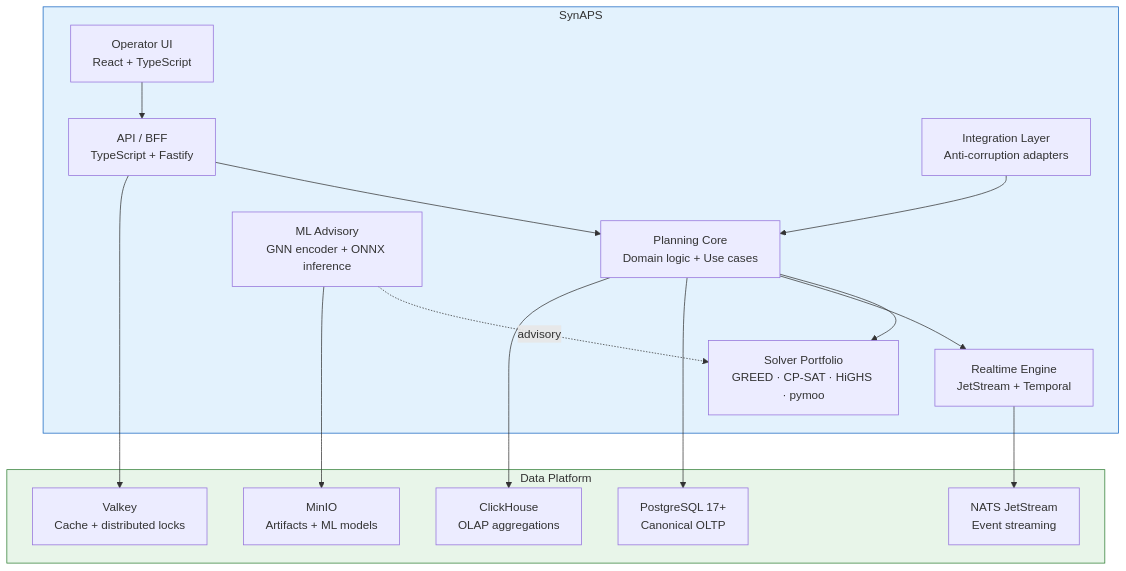
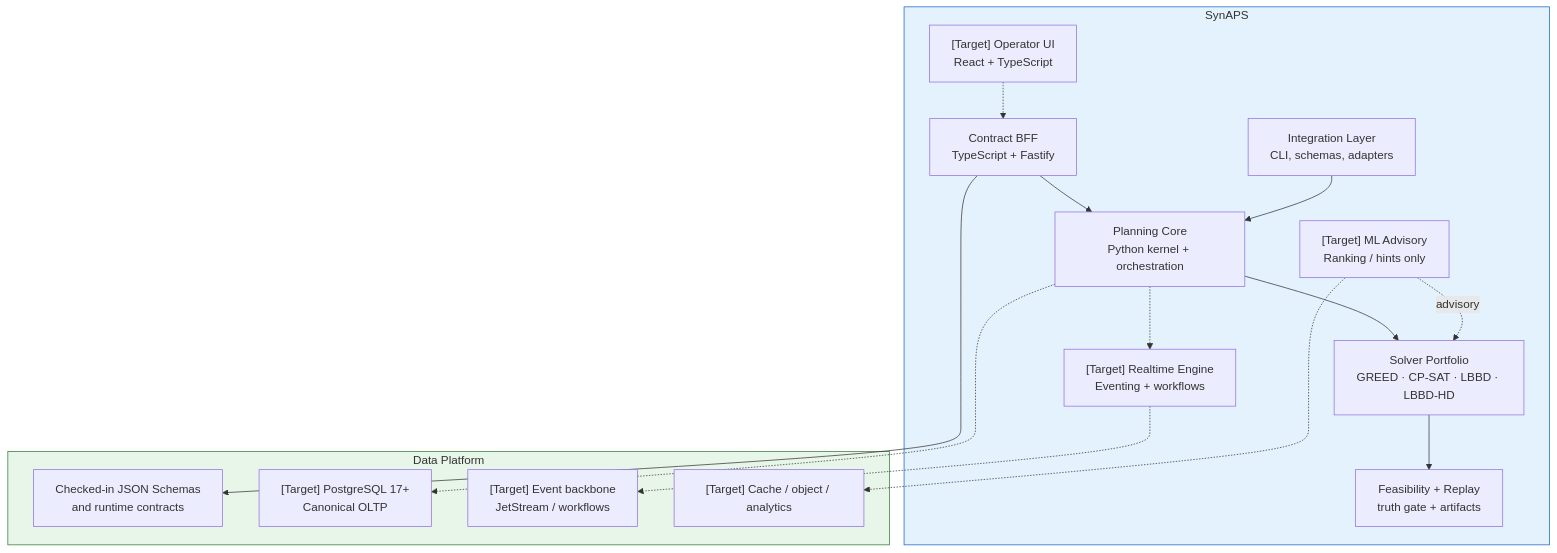
Before and after one commit to KonkovDV/SynAPS: the second of 3 diagrams in docs/architecture/01_OVERVIEW.md, drawn with Mermaid. The commit also changed other lines of this file and 94 other files, not shown here.

First line of the commit message:
docs: consolidate investorpartners, fix links, add LBBD-HD solver

````diff
--- a/docs/architecture/01_OVERVIEW.md
+++ b/docs/architecture/01_OVERVIEW.md
@@ -45,35 +45,35 @@
 ```mermaid
 graph TB
     subgraph SynAPS["SynAPS"]
-        UI["Operator UI<br/>React + TypeScript"]
-        BFF["API / BFF<br/>TypeScript + Fastify"]
-        CORE["Planning Core<br/>Domain logic + Use cases"]
-        OPT["Solver Portfolio<br/>GREED · CP-SAT · HiGHS · pymoo"]
-        RT["Realtime Engine<br/>JetStream + Temporal"]
-        INT["Integration Layer<br/>Anti-corruption adapters"]
-        ML["ML Advisory<br/>GNN encoder + ONNX inference"]
+        UI["[Target] Operator UI<br/>React + TypeScript"]
+        BFF["Contract BFF<br/>TypeScript + Fastify"]
+        CORE["Planning Core<br/>Python kernel + orchestration"]
+        OPT["Solver Portfolio<br/>GREED · CP-SAT · LBBD · LBBD-HD"]
+        RT["[Target] Realtime Engine<br/>Eventing + workflows"]
+        INT["Integration Layer<br/>CLI, schemas, adapters"]
+        ML["[Target] ML Advisory<br/>Ranking / hints only"]
+        REP["Feasibility + Replay<br/>truth gate + artifacts"]
     end
 
     subgraph Data["Data Platform"]
-        PG["PostgreSQL 17+<br/>Canonical OLTP"]
-        CH["ClickHouse<br/>OLAP aggregations"]
-        NATS["NATS JetStream<br/>Event streaming"]
-        CACHE["Valkey<br/>Cache + distributed locks"]
-        OBJ["MinIO<br/>Artifacts + ML models"]
+        SCHEMA["Checked-in JSON Schemas<br/>and runtime contracts"]
+        PG["[Target] PostgreSQL 17+<br/>Canonical OLTP"]
+        BUS["[Target] Event backbone<br/>JetStream / workflows"]
+        AUX["[Target] Cache / object / analytics"]
     end
 
-    UI --> BFF
+    UI -.-> BFF
     BFF --> CORE
     CORE --> OPT
-    CORE --> RT
+    OPT --> REP
+    CORE -.-> RT
     ML -.->|advisory| OPT
     INT --> CORE
-    CORE --> PG
-    RT --> NATS
-    CORE --> CH
-    ML --> OBJ
-    BFF --> CACHE
+    BFF --> SCHEMA
+    CORE -.-> PG
+    RT -.-> BUS
+    ML -.-> AUX
 
     style SynAPS fill:#e3f2fd,stroke:#1565c0
     style Data fill:#e8f5e9,stroke:#2e7d32
 ```
````
